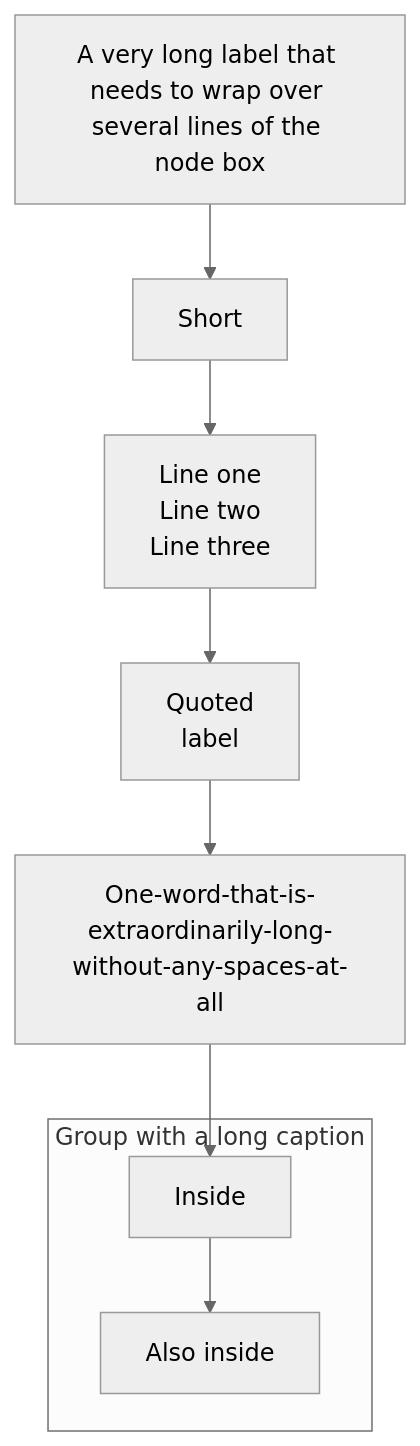
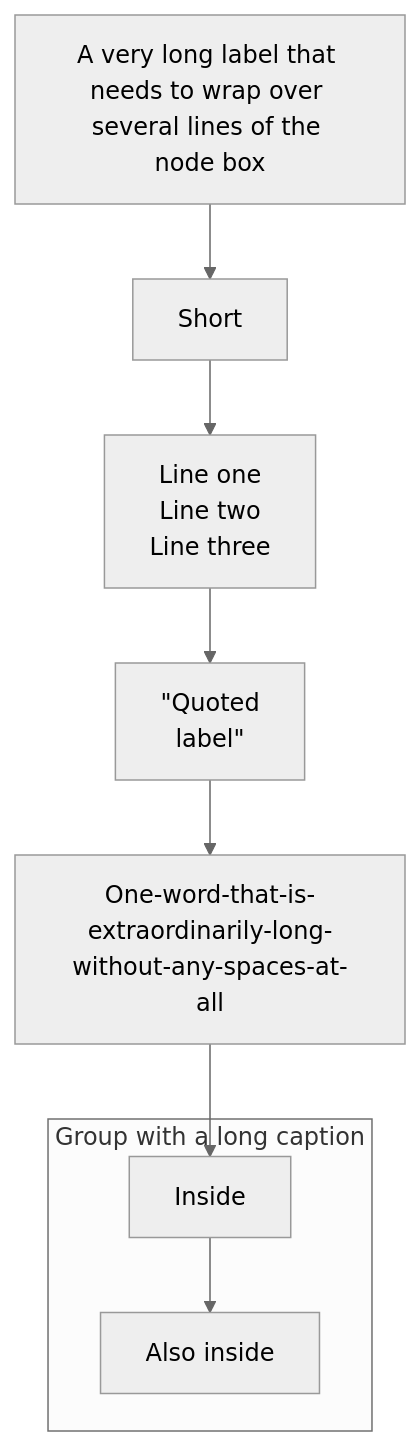
One commit to muirjc/canvas changed the diagram in packages/diagram-core/corpus/cases/flowchart-fresh-import-labels/expected/portable.mmd. Above: the diagram before and after it, drawn with Mermaid (neutral theme). The commit also changed 40 other files, not shown here.

First line of the commit message:
fix: every diagram type's export draws in real Mermaid (canvas-0t84 part 2) (#328)

```diff
--- a/packages/diagram-core/corpus/cases/flowchart-fresh-import-labels/expected/portable.mmd
+++ b/packages/diagram-core/corpus/cases/flowchart-fresh-import-labels/expected/portable.mmd
@@ -1,9 +1,16 @@
 flowchart TD
-  A[A very long label that needs to wrap over several lines of the node box] --> B[Short]
-  B --> C[Line one<br/>Line two<BR>Line three]
-  C --> D["Quoted<br />label"]
-  D --> E[One-word-that-is-extraordinarily-long-without-any-spaces-at-all]
-  subgraph S [Group with a long caption]
-    F[Inside] --> G[Also inside]
-  end
+subgraph S [Group with a long caption]
+  F[Inside]
+  G[Also inside]
+end
+  A[A very long label that needs to wrap over several lines of the node box]
+  B[Short]
+  C[Line one<br/>Line two<BR>Line three]
+  D[#quot;Quoted<br />label#quot;]
+  E[One-word-that-is-extraordinarily-long-without-any-spaces-at-all]
+  A --> B
+  B --> C
+  C --> D
+  D --> E
+  F --> G
   E --> F
```
